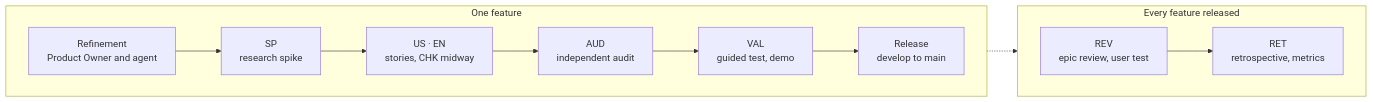
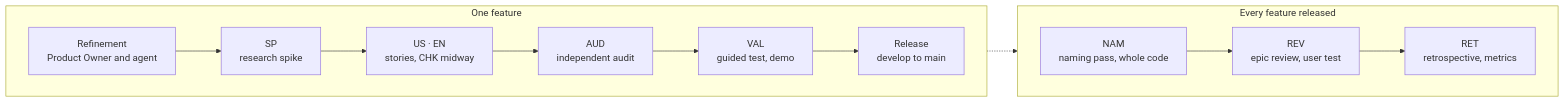
One commit to AlexandreGallais/synoptic-studio changed the diagram in docs/process/agile.md. Above: the diagram before and after it, drawn with Mermaid. The commit also changed other lines of this file and 15 other files, not shown here.

First line of the commit message:
docs(adr): every calculation named, and a naming pass closes each epic

````diff
--- a/docs/process/agile.md
+++ b/docs/process/agile.md
@@ -5,16 +5,16 @@
 ```mermaid
 flowchart LR
   subgraph feature [One feature]
     direction LR
     R[Refinement<br/>Product Owner and agent] --> SP[SP<br/>research spike]
     SP --> ST[US · EN<br/>stories, CHK midway]
     ST --> AUD[AUD<br/>independent audit]
     AUD --> VAL[VAL<br/>guided test, demo]
     VAL --> REL[Release<br/>develop to main]
   end
   subgraph epic [Every feature released]
     direction LR
-    REV[REV<br/>epic review, user test] --> RET[RET<br/>retrospective, metrics]
+    NAM[NAM<br/>naming pass, whole code] --> REV[REV<br/>epic review, user test] --> RET[RET<br/>retrospective, metrics]
   end
-  REL -.-> REV
+  REL -.-> NAM
 ```
````
